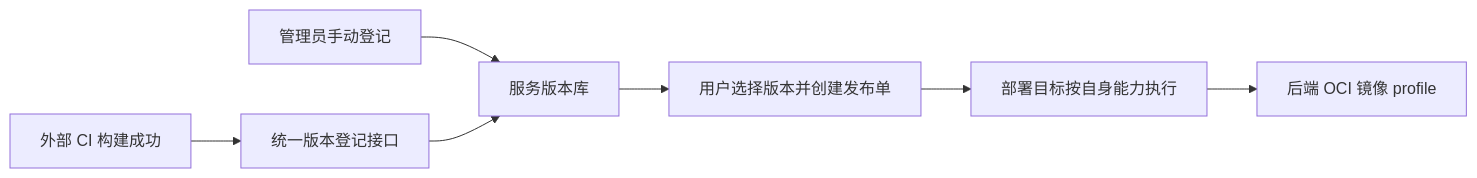
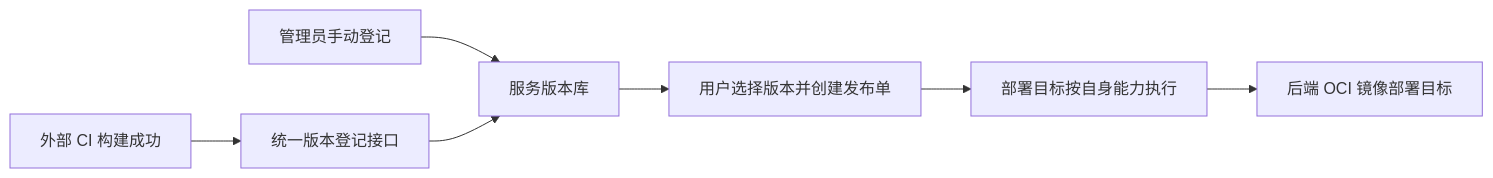
Before and after one commit to pangerl/ai-pub: the diagram in docs/service-version-registration-and-backend-oci-deploy-design.md, drawn with Mermaid. The commit also changed other lines of this file and 3 other files, not shown here.

````diff
--- a/docs/service-version-registration-and-backend-oci-deploy-design.md
+++ b/docs/service-version-registration-and-backend-oci-deploy-design.md
@@ -11,9 +11,9 @@
 ```mermaid
 flowchart LR
     A[管理员手动登记] --> D[服务版本库]
     B[外部 CI 构建成功] --> C[统一版本登记接口]
     C --> D
     D --> E[用户选择版本并创建发布单]
     E --> F[部署目标按自身能力执行]
-    F --> G[后端 OCI 镜像 profile]
+    F --> G[后端 OCI 镜像部署目标]
 ```
````
